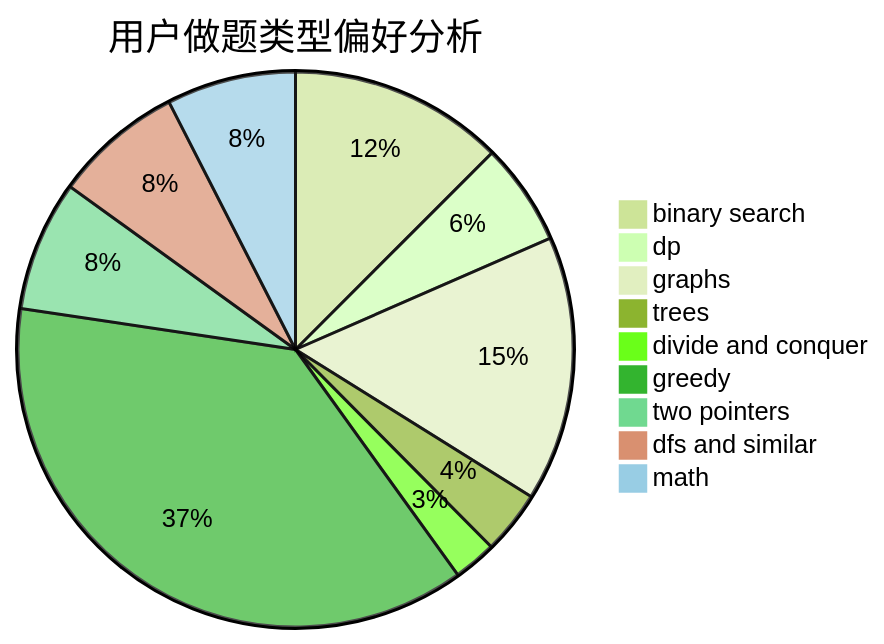
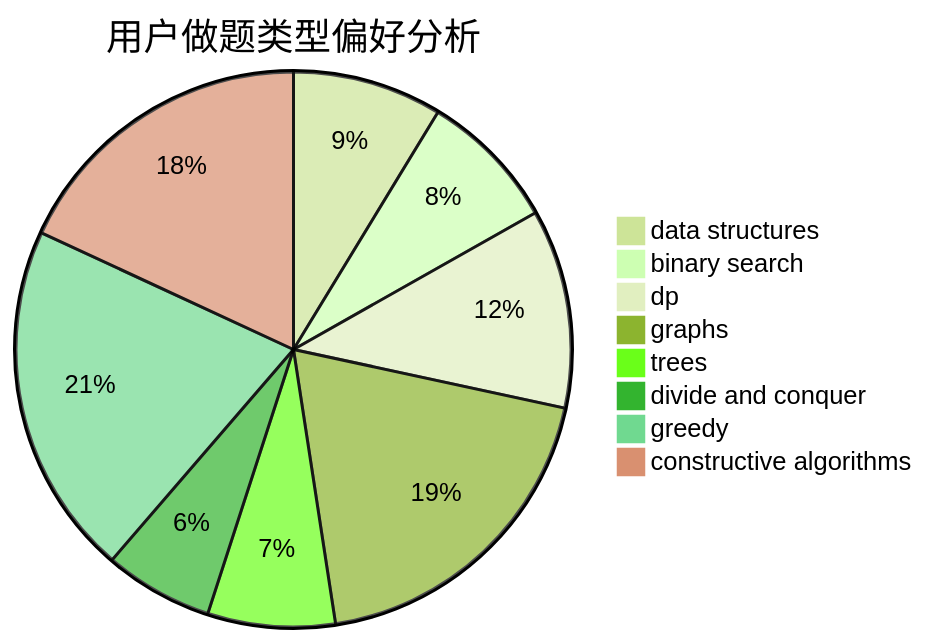
Before and after one commit to sherpahu/cfrs.github.io: the second of 3 diagrams in docs/user/u308.md, drawn with Mermaid (forest theme). The commit also changed other lines of this file and 2775 other files, not shown here.

````diff
--- a/docs/user/u308.md
+++ b/docs/user/u308.md
@@ -23,12 +23,11 @@
 ```mermaid
 pie title 用户做题类型偏好分析
-    "binary search" :  319
-    "dp" :  152
-    "graphs" :  394
-    "trees" :  94
+    "data structures" :  88
+    "binary search" :  82
+    "dp" :  117
+    "graphs" :  194
+    "trees" :  75
     "divide and conquer" :  64
-    "greedy" :  952
-    "two pointers" :  194
-    "dfs and similar" :  192
-    "math" :  192
+    "greedy" :  208
+    "constructive algorithms" :  183
 ```
````
